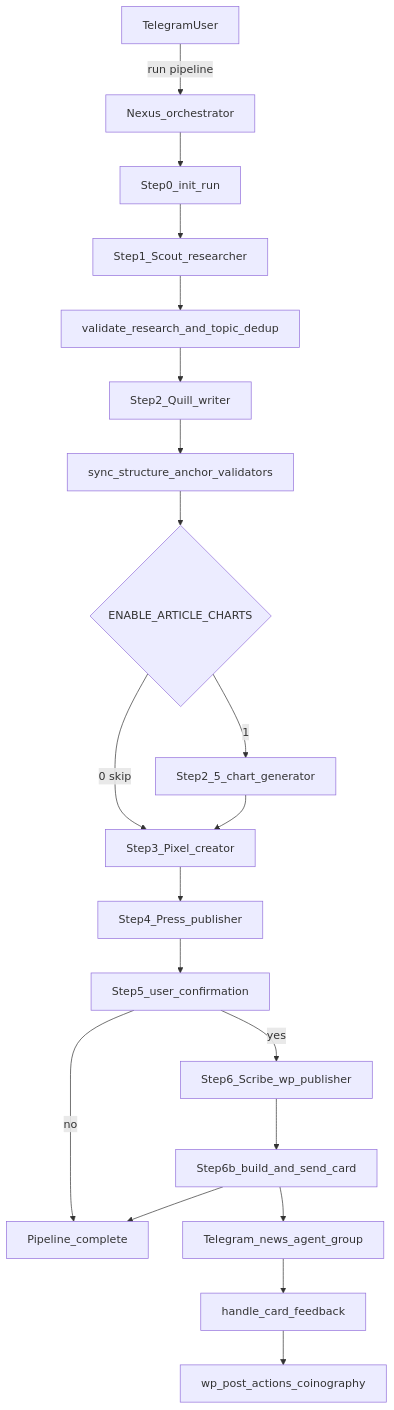
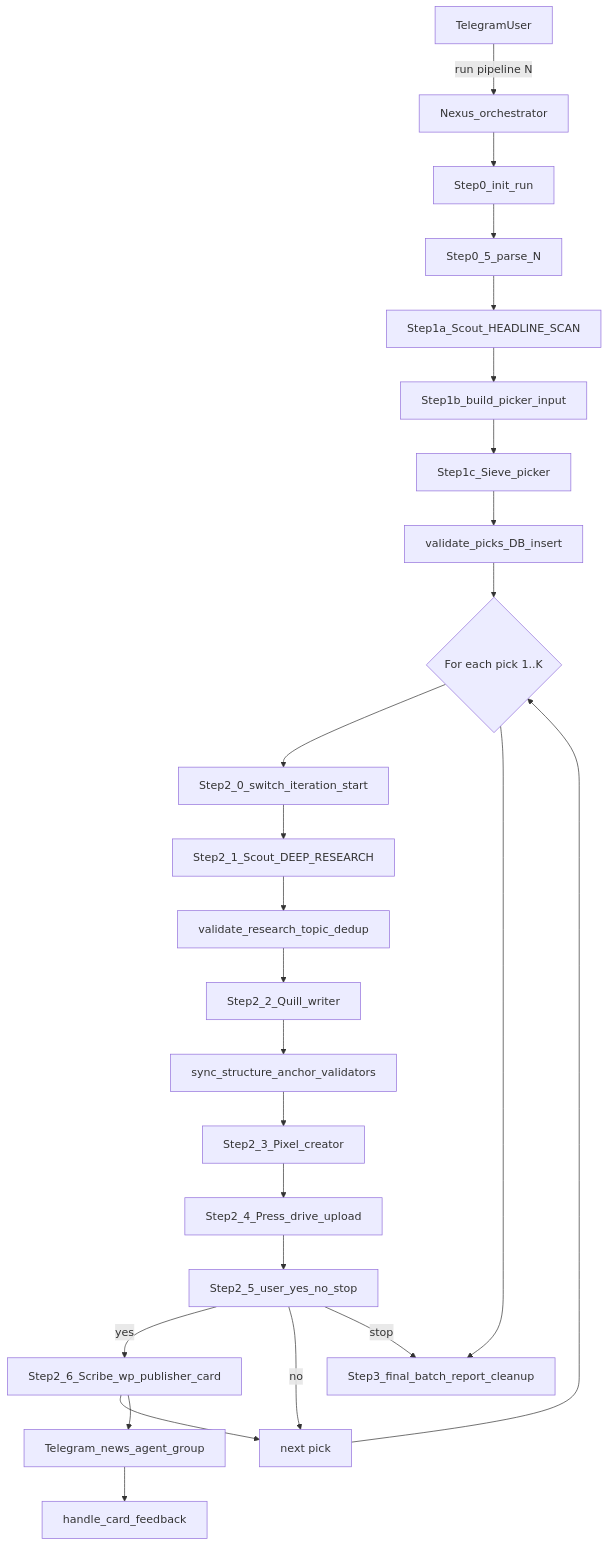
Before and after one commit to SpearmintTechnolgies/News-Agent: the diagram in AGENT_PIPELINE_REGISTRY.md, drawn with Mermaid. The commit also changed other lines of this file and 31 other files, not shown here.

````diff
--- a/AGENT_PIPELINE_REGISTRY.md
+++ b/AGENT_PIPELINE_REGISTRY.md
@@ -28,22 +28,27 @@
 ```mermaid
 flowchart TD
-    TG[TelegramUser] -->|run pipeline| NX[Nexus_orchestrator]
+    TG[TelegramUser] -->|run pipeline N| NX[Nexus_orchestrator]
     NX --> S0[Step0_init_run]
-    S0 --> S1[Step1_Scout_researcher]
-    S1 --> V1[validate_research_and_topic_dedup]
-    V1 --> S2[Step2_Quill_writer]
-    S2 --> V2[sync_structure_anchor_validators]
-    V2 --> S25{ENABLE_ARTICLE_CHARTS}
-    S25 -->|1| CH[Step2_5_chart_generator]
-    S25 -->|0 skip| S3
-    CH --> S3[Step3_Pixel_creator]
-    S3 --> S4[Step4_Press_publisher]
-    S4 --> S5[Step5_user_confirmation]
-    S5 -->|yes| S6[Step6_Scribe_wp_publisher]
-    S5 -->|no| DONE[Pipeline_complete]
-    S6 --> S6b[Step6b_build_and_send_card]
-    S6b --> TGCard[Telegram_news_agent_group]
+    S0 --> S05[Step0_5_parse_N]
+    S05 --> S1A[Step1a_Scout_HEADLINE_SCAN]
+    S1A --> S1B[Step1b_build_picker_input]
+    S1B --> S1C[Step1c_Sieve_picker]
+    S1C --> V1C[validate_picks_DB_insert]
+    V1C --> LOOP{For each pick 1..K}
+    LOOP --> S20[Step2_0_switch_iteration_start]
+    S20 --> S21[Step2_1_Scout_DEEP_RESEARCH]
+    S21 --> V21[validate_research_topic_dedup]
+    V21 --> S22[Step2_2_Quill_writer]
+    S22 --> V22[sync_structure_anchor_validators]
+    V22 --> S23[Step2_3_Pixel_creator]
+    S23 --> S24[Step2_4_Press_drive_upload]
+    S24 --> S25[Step2_5_user_yes_no_stop]
+    S25 -->|yes| S26[Step2_6_Scribe_wp_publisher_card]
+    S25 -->|no| LOOP_NEXT
+    S25 -->|stop| S3
+    S26 --> LOOP_NEXT[next pick]
+    LOOP_NEXT --> LOOP
+    LOOP --> S3[Step3_final_batch_report_cleanup]
+    S26 --> TGCard[Telegram_news_agent_group]
     TGCard --> Editorial[handle_card_feedback]
-    Editorial --> WPA[wp_post_actions_coinography]
-    S6b --> DONE
 ```
````
